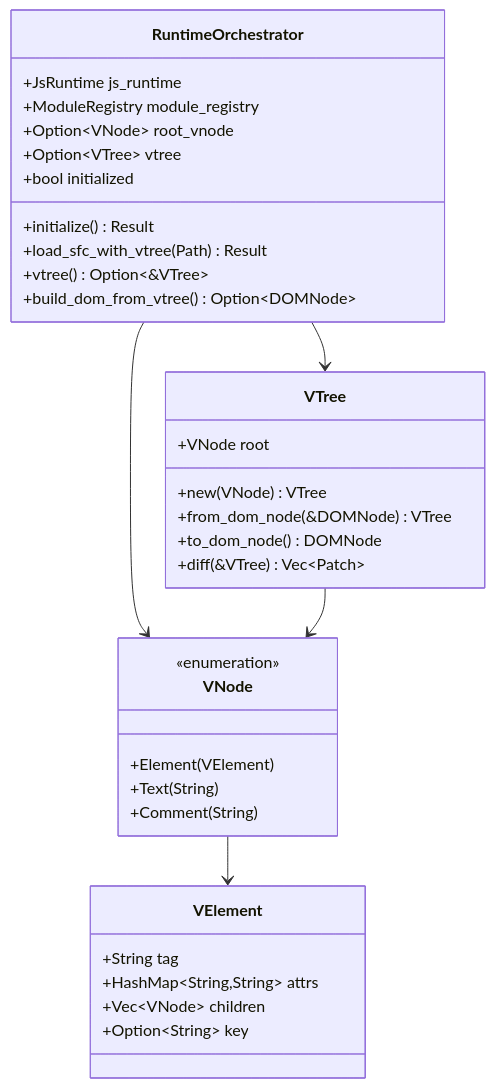
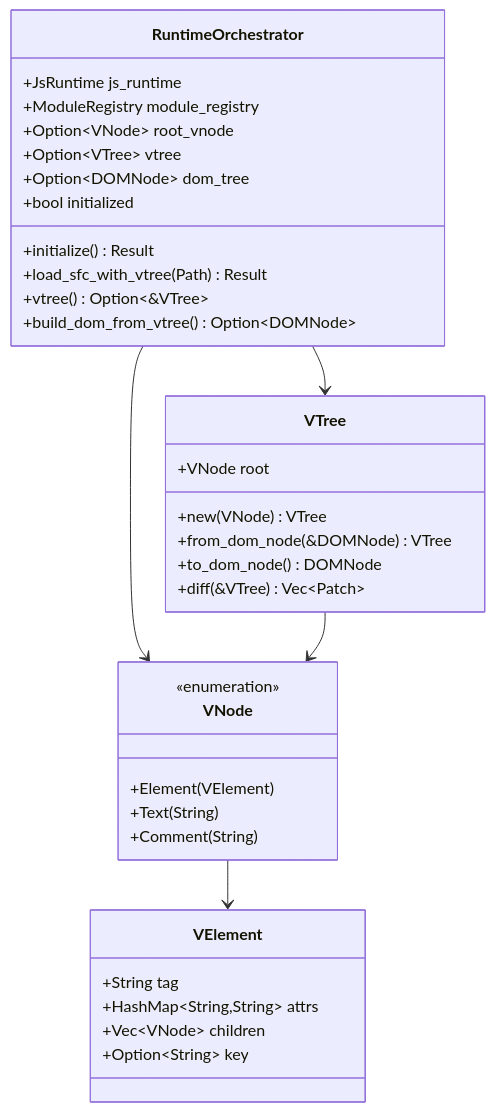
One commit to itszzl-sudo/iris changed the fourth of 19 diagrams in .qoder/repowiki/zh/content/技术架构详解/即时转译系统/SFC编译器初始化机制/Vue 3 Script Setup 支持.md. Above: the diagram before and after it, drawn with Mermaid. The commit also changed other lines of this file and 63 other files, not shown here.

````diff
--- a/.qoder/repowiki/zh/content/技术架构详解/即时转译系统/SFC编译器初始化机制/Vue 3 Script Setup 支持.md
+++ b/.qoder/repowiki/zh/content/技术架构详解/即时转译系统/SFC编译器初始化机制/Vue 3 Script Setup 支持.md
@@ -194,37 +199,38 @@
 ```mermaid
 classDiagram
 class RuntimeOrchestrator {
 +JsRuntime js_runtime
 +ModuleRegistry module_registry
 +Option~VNode~ root_vnode
 +Option~VTree~ vtree
++Option~DOMNode~ dom_tree
 +bool initialized
 +initialize() Result
 +load_sfc_with_vtree(Path) Result
 +vtree() Option~&VTree~
 +build_dom_from_vtree() Option~DOMNode~
 }
 class VTree {
 +VNode root
 +new(VNode) VTree
 +from_dom_node(&DOMNode) VTree
 +to_dom_node() DOMNode
 +diff(&VTree) Vec~Patch~
 }
 class VNode {
 <<enumeration>>
 +Element(VElement)
 +Text(String)
 +Comment(String)
 }
 class VElement {
 +String tag
 +HashMap~String,String~ attrs
 +Vec~VNode~ children
 +Option~String~ key
 }
 RuntimeOrchestrator --> VTree
 RuntimeOrchestrator --> VNode
 VTree --> VNode
 VNode --> VElement
 ```
````
